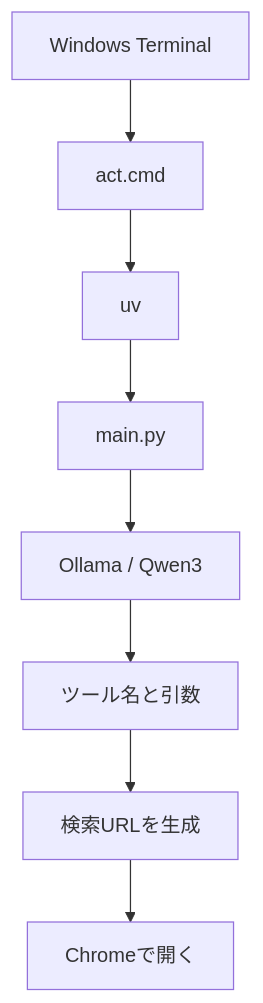
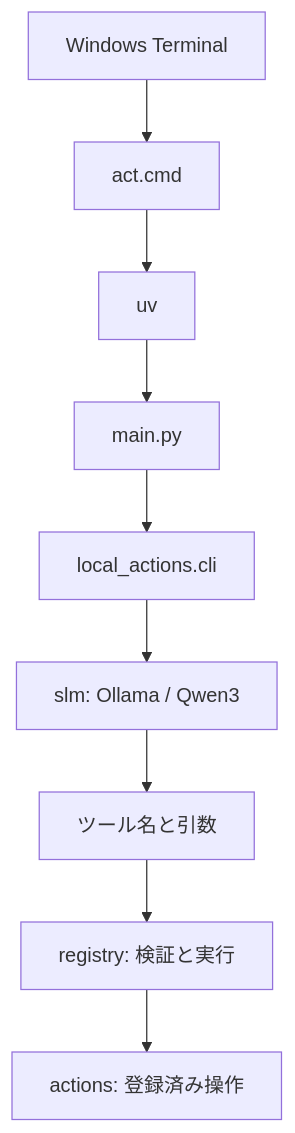
The diagram in README.md (ryoyamamura-2025/dev-local-slm-shortcut-assistant), drawn with Mermaid before and after one commit. The commit also changed other lines of this file and 9 other files, not shown here.

First line of the commit message:
feat: Add local actions application with logging and action execution

````diff
--- a/README.md
+++ b/README.md
@@ -67,10 +67,11 @@
 ```mermaid
 flowchart TD
     A["Windows Terminal"] --> B["act.cmd"]
     B --> C["uv"]
     C --> D["main.py"]
-    D --> E["Ollama / Qwen3"]
-    E --> F["ツール名と引数"]
-    F --> G["検索URLを生成"]
-    G --> H["Chromeで開く"]
+    D --> E["local_actions.cli"]
+    E --> F["slm: Ollama / Qwen3"]
+    F --> G["ツール名と引数"]
+    G --> H["registry: 検証と実行"]
+    H --> I["actions: 登録済み操作"]
 ```
````
